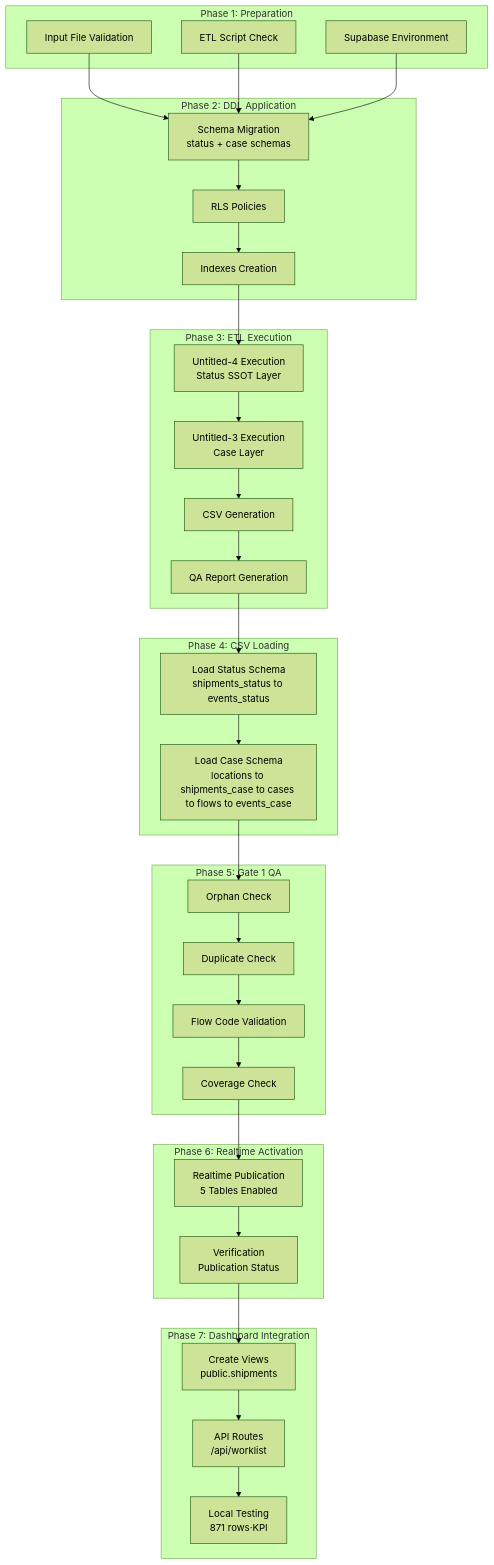
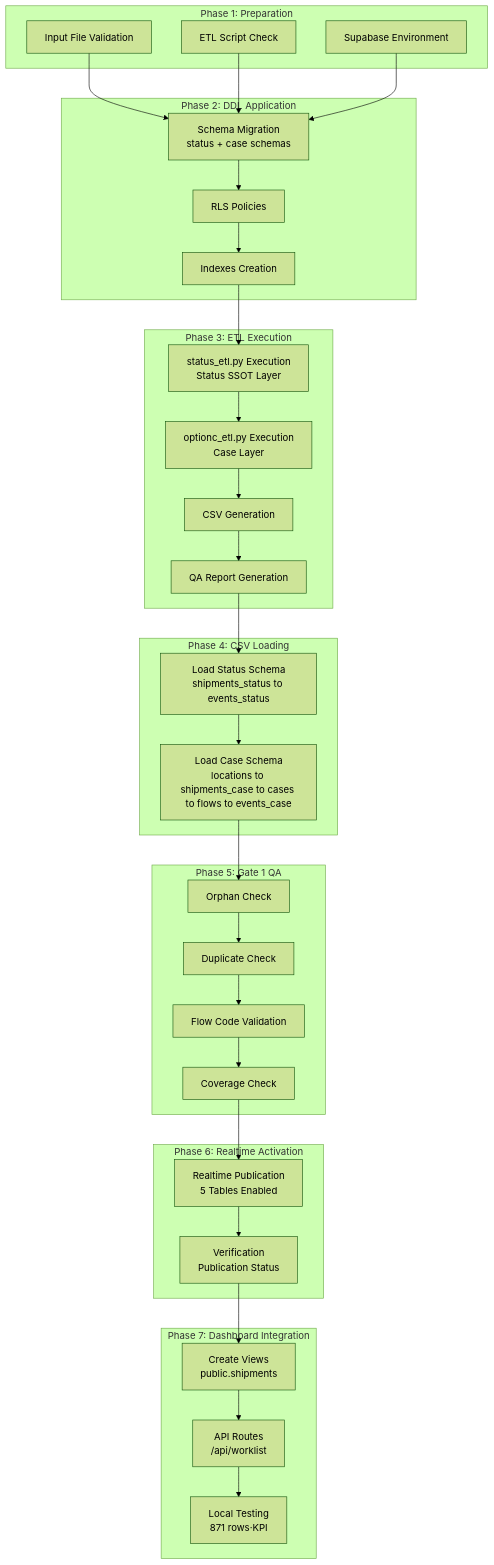
Before and after one commit to macho715/LOGI-MASTER-DASH: the third of 15 diagrams in docs/architecture/architecture.md, drawn with Mermaid (forest theme). The commit also changed other lines of this file and 74 other files, not shown here.

````diff
--- a/docs/architecture/architecture.md
+++ b/docs/architecture/architecture.md
@@ -184,65 +184,65 @@
 ```mermaid
 graph TD
     subgraph "Phase 1: Preparation"
         P1[Input File Validation]
         P2[ETL Script Check]
         P3[Supabase Environment]
     end
 
     subgraph "Phase 2: DDL Application"
         DDL[Schema Migration<br/>status + case schemas]
         RLS_POL[RLS Policies]
         IDX[Indexes Creation]
     end
 
     subgraph "Phase 3: ETL Execution"
-        ETL4_RUN[Untitled-4 Execution<br/>Status SSOT Layer]
-        ETL3_RUN[Untitled-3 Execution<br/>Case Layer]
+        ETL4_RUN[status_etl.py Execution<br/>Status SSOT Layer]
+        ETL3_RUN[optionc_etl.py Execution<br/>Case Layer]
         CSV_GEN[CSV Generation]
         QA_REPORT[QA Report Generation]
     end
 
     subgraph "Phase 4: CSV Loading"
         LOAD_STATUS[Load Status Schema<br/>shipments_status to events_status]
         LOAD_CASE[Load Case Schema<br/>locations to shipments_case to cases to flows to events_case]
     end
 
     subgraph "Phase 5: Gate 1 QA"
         ORPHAN[Orphan Check]
         DUP[Duplicate Check]
         FLOW[Flow Code Validation]
         COV[Coverage Check]
     end
 
     subgraph "Phase 6: Realtime Activation"
         REALTIME[Realtime Publication<br/>5 Tables Enabled]
         VERIFY[Verification<br/>Publication Status]
     end
 
     subgraph "Phase 7: Dashboard Integration"
         VIEWS[Create Views<br/>public.shipments]
         API[API Routes<br/>/api/worklist]
         TEST[Local Testing<br/>871 rows·KPI]
     end
 
     P1 --> DDL
     P2 --> DDL
     P3 --> DDL
     DDL --> RLS_POL
     RLS_POL --> IDX
     IDX --> ETL4_RUN
     ETL4_RUN --> ETL3_RUN
     ETL3_RUN --> CSV_GEN
     CSV_GEN --> QA_REPORT
     QA_REPORT --> LOAD_STATUS
     LOAD_STATUS --> LOAD_CASE
     LOAD_CASE --> ORPHAN
     ORPHAN --> DUP
     DUP --> FLOW
     FLOW --> COV
     COV --> REALTIME
     REALTIME --> VERIFY
     VERIFY --> VIEWS
     VIEWS --> API
     API --> TEST
 ```
````
